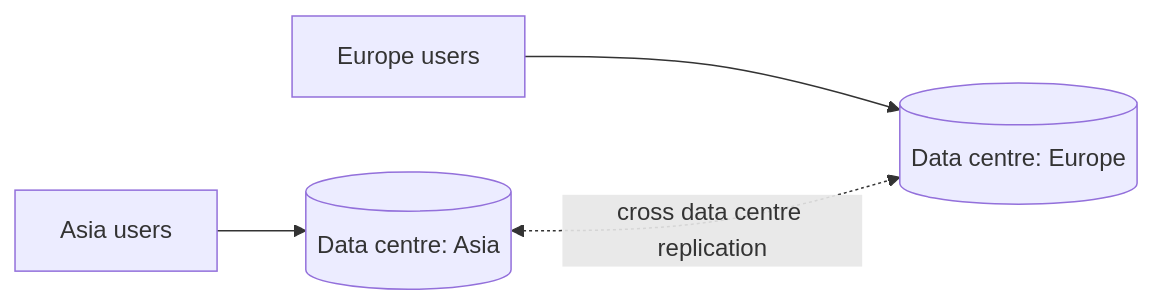
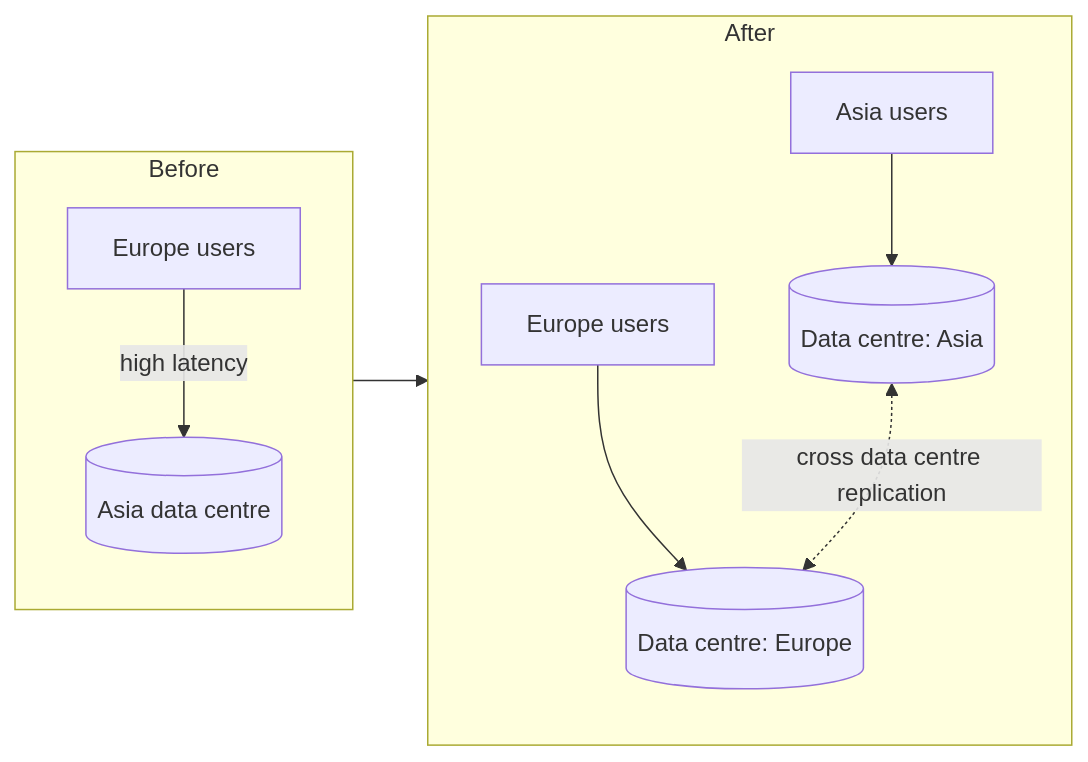
Before and after one commit to aaryan-pradhan/core-cs-fundamentals: the eighth of 8 diagrams in dbms/19-scaling-patterns.md, drawn with Mermaid. The commit also changed other lines of this file, not shown here.

````diff
--- a/dbms/19-scaling-patterns.md
+++ b/dbms/19-scaling-patterns.md
@@ -138,6 +151,12 @@
 ```mermaid
 flowchart LR
-  AS["Asia users"] --> DC1[("Data centre: Asia")]
-  EU["Europe users"] --> DC2[("Data centre: Europe")]
-  DC1 <-. "cross data centre replication" .-> DC2
+  subgraph B["Before"]
+    EU1["Europe users"] -->|"high latency"| DCX[("Asia data centre")]
+  end
+  subgraph A["After"]
+    AS["Asia users"] --> DC1[("Data centre: Asia")]
+    EU2["Europe users"] --> DC2[("Data centre: Europe")]
+    DC1 <-. "cross data centre replication" .-> DC2
+  end
+  B --> A
 ```
````
